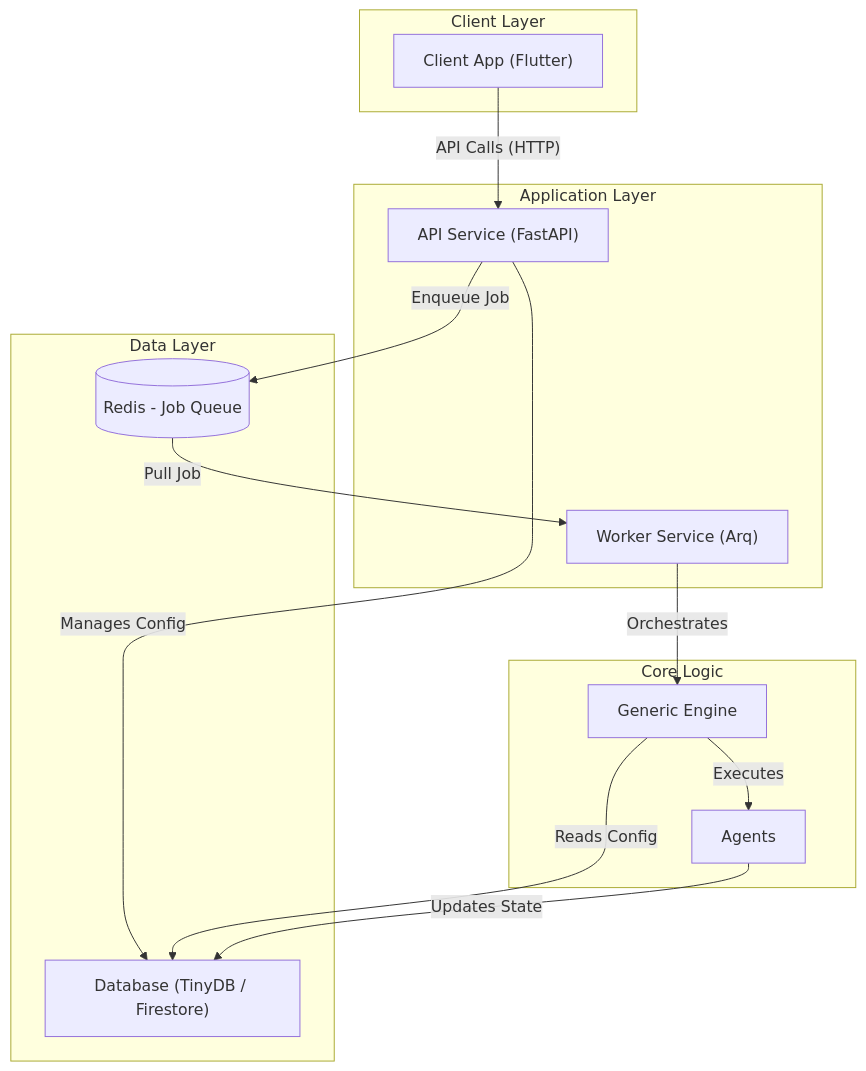
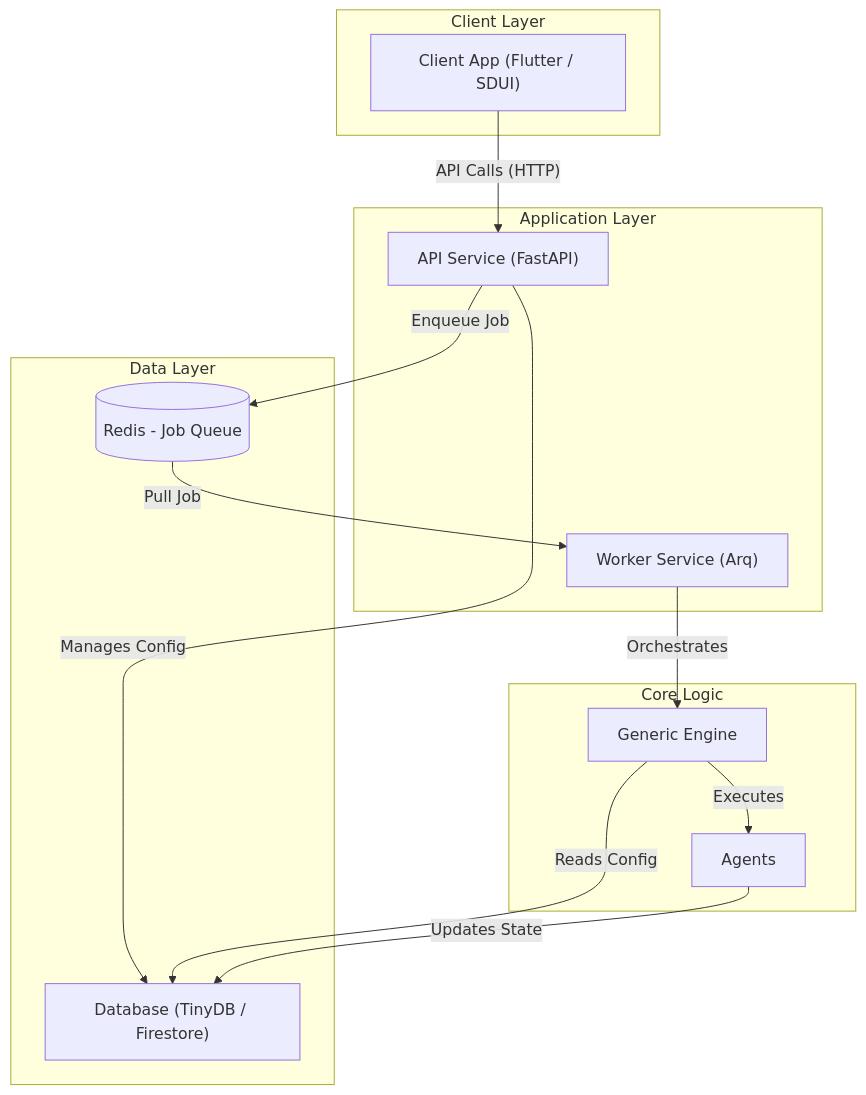
One commit to launis/quorum changed the diagram in docs/management_architecture.md. Above: the diagram before and after it, drawn with Mermaid. The commit also changed other lines of this file and 17 other files, not shown here.

Commit message:
feat: Add comprehensive documentation for system architecture, data management, and various core components, and update the README.

````diff
--- a/docs/management_architecture.md
+++ b/docs/management_architecture.md
@@ -13,27 +13,27 @@
 ```mermaid
 graph TD
     subgraph "Client Layer"
-        A["Client App (Flutter)"]
+        A["Client App (Flutter / SDUI)"]
     end
     subgraph "Application Layer"
         B["API Service (FastAPI)"]
         W["Worker Service (Arq)"]
     end
     subgraph "Core Logic"
         C["Generic Engine"]
         D["Agents"]
     end
     subgraph "Data Layer"
-    	R[(Redis - Job Queue)]
+        R[(Redis - Job Queue)]
         E["Database (TinyDB / Firestore)"]
     end
 
     A -- API Calls (HTTP) --> B
     B -- Manages Config --> E
     B -- Enqueue Job --> R
     R -- Pull Job --> W
     W -- Orchestrates --> C
     C -- Reads Config --> E
     C -- Executes --> D
     D -- Updates State --> E
 ```
````
